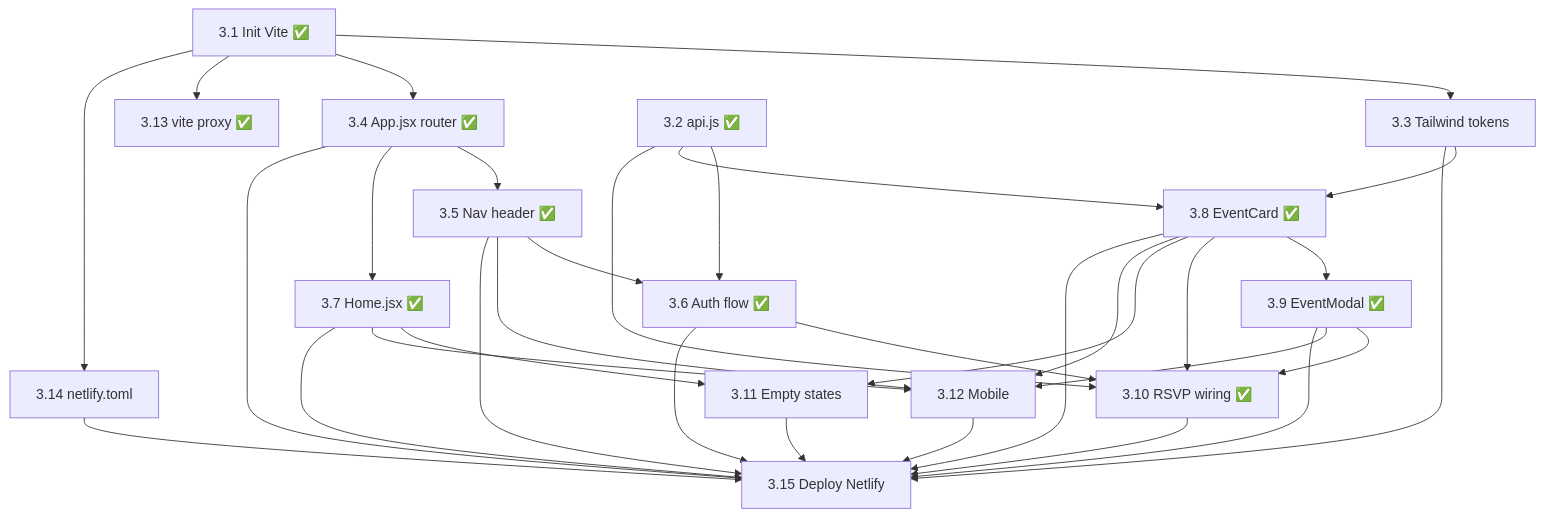
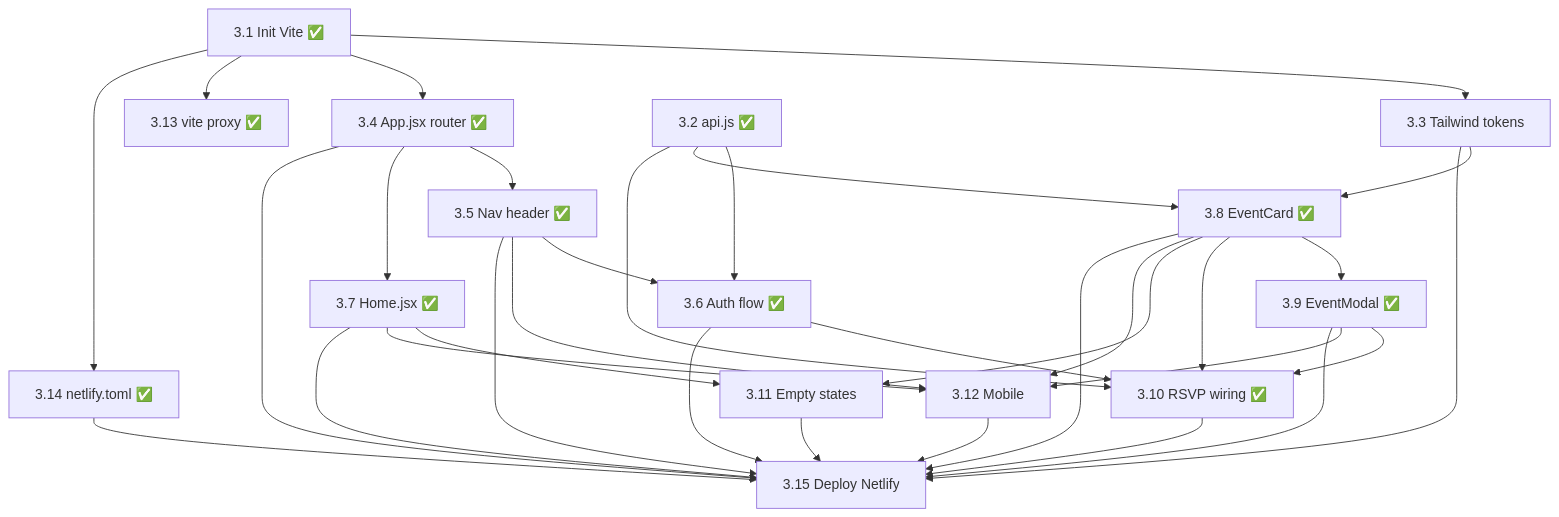
One commit to matthewpaolosbilo/claude-impact-lab-melbourne-team-5 changed the diagram in docs/dev3-dependencies.md. Above: the diagram before and after it, drawn with Mermaid. The commit also changed other lines of this file and 1 other file, not shown here.

````diff
--- a/docs/dev3-dependencies.md
+++ b/docs/dev3-dependencies.md
@@ -35,35 +35,35 @@
 ```mermaid
 graph TD
     3.1[3.1 Init Vite ✅] --> 3.3[3.3 Tailwind tokens]
     3.1 --> 3.4[3.4 App.jsx router ✅]
     3.1 --> 3.13[3.13 vite proxy ✅]
-    3.1 --> 3.14[3.14 netlify.toml]
+    3.1 --> 3.14[3.14 netlify.toml ✅]
     3.2[3.2 api.js ✅] --> 3.6[3.6 Auth flow ✅]
     3.3 --> 3.8[3.8 EventCard ✅]
     3.4 --> 3.5[3.5 Nav header ✅]
     3.4 --> 3.7[3.7 Home.jsx ✅]
     3.5 --> 3.6
     3.5 --> 3.12[3.12 Mobile]
     3.2 --> 3.8
     3.8 --> 3.9[3.9 EventModal ✅]
     3.2 --> 3.10[3.10 RSVP wiring ✅]
     3.6 --> 3.10
     3.8 --> 3.10
     3.9 --> 3.10
     3.7 --> 3.11[3.11 Empty states]
     3.8 --> 3.11
     3.7 --> 3.12
     3.8 --> 3.12
     3.9 --> 3.12
     3.3 --> 3.15[3.15 Deploy Netlify]
     3.4 --> 3.15
     3.5 --> 3.15
     3.6 --> 3.15
     3.7 --> 3.15
     3.8 --> 3.15
     3.9 --> 3.15
     3.10 --> 3.15
     3.11 --> 3.15
     3.12 --> 3.15
     3.14 --> 3.15
 ```
````
